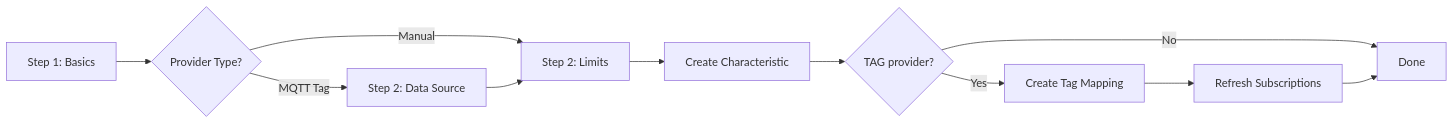
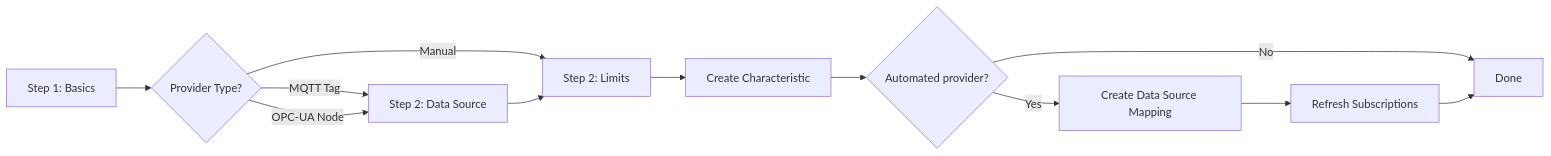
The second of 3 diagrams in docs/administration.md (djbrandl/OpenSPC), drawn with Mermaid before and after one commit. The commit also changed other lines of this file and 25 other files, not shown here.

````diff
--- a/docs/administration.md
+++ b/docs/administration.md
@@ -210,13 +211,14 @@
 ```mermaid
 flowchart LR
     A[Step 1: Basics] --> B{Provider Type?}
     B -->|Manual| D[Step 2: Limits]
     B -->|MQTT Tag| C[Step 2: Data Source]
+    B -->|OPC-UA Node| C
     C --> D
     D --> E[Create Characteristic]
-    E --> F{TAG provider?}
-    F -->|Yes| G[Create Tag Mapping]
+    E --> F{Automated provider?}
+    F -->|Yes| G[Create Data Source Mapping]
     G --> H[Refresh Subscriptions]
     F -->|No| I[Done]
     H --> I
 ```
````
